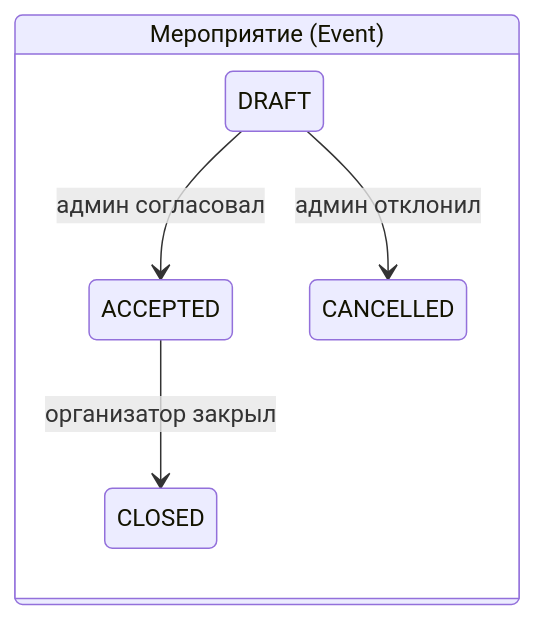
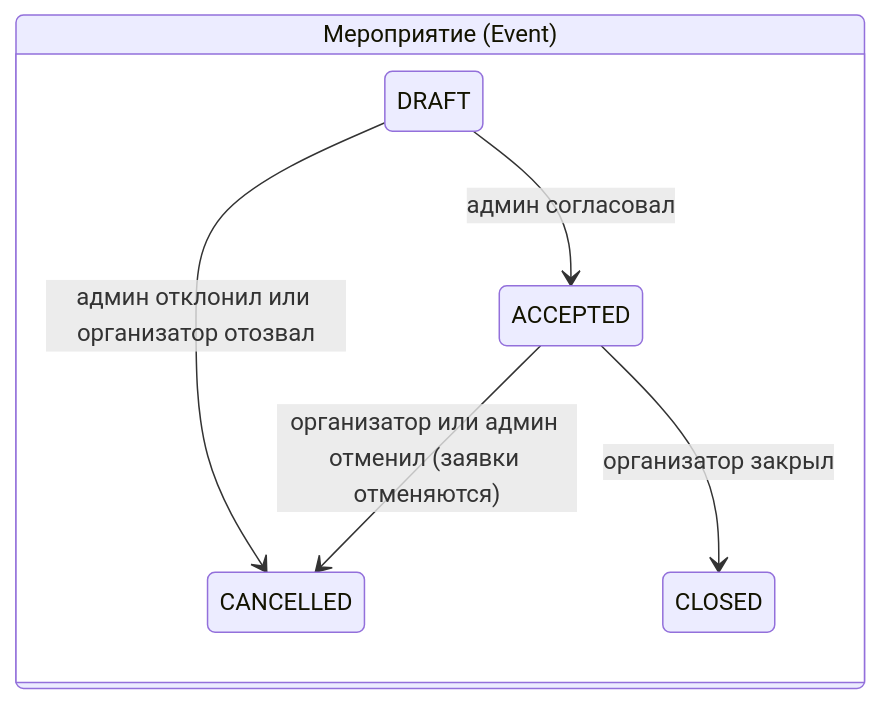
Before and after one commit to c1nqe/VolontiersDSTU: the second of 4 diagrams in README.md, drawn with Mermaid. The commit also changed other lines of this file and 33 other files, not shown here.

````diff
--- a/README.md
+++ b/README.md
@@ -154,9 +154,10 @@
 ```mermaid
 stateDiagram-v2
   direction LR
   state "Мероприятие (Event)" as E {
     DRAFT --> ACCEPTED: админ согласовал
-    DRAFT --> CANCELLED: админ отклонил
+    DRAFT --> CANCELLED: админ отклонил или организатор отозвал
     ACCEPTED --> CLOSED: организатор закрыл
+    ACCEPTED --> CANCELLED: организатор или админ отменил (заявки отменяются)
   }
 ```
````
